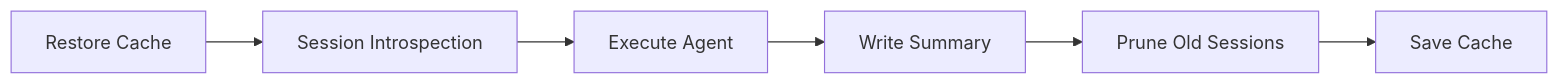
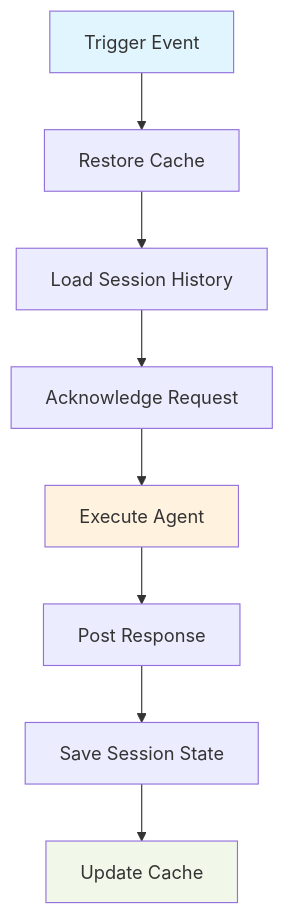
Before and after one commit to fro-bot/agent: the diagram in README.md, drawn with Mermaid. The commit also changed other lines of this file, not shown here.

````diff
--- a/README.md
+++ b/README.md
@@ -194,8 +106,14 @@
 ```mermaid
-flowchart LR
-    A[Restore Cache] --> B[Session Introspection]
-    B --> C[Execute Agent]
-    C --> D[Write Summary]
-    D --> E[Prune Old Sessions]
-    E --> F[Save Cache]
+flowchart TB
+    A[Trigger Event] --> B[Restore Cache]
+    B --> C[Load Session History]
+    C --> D[Acknowledge Request]
+    D --> E[Execute Agent]
+    E --> F[Post Response]
+    F --> G[Save Session State]
+    G --> H[Update Cache]
+
+    style A fill:#e1f5fe
+    style E fill:#fff3e0
+    style H fill:#f1f8e9
 ```
````
